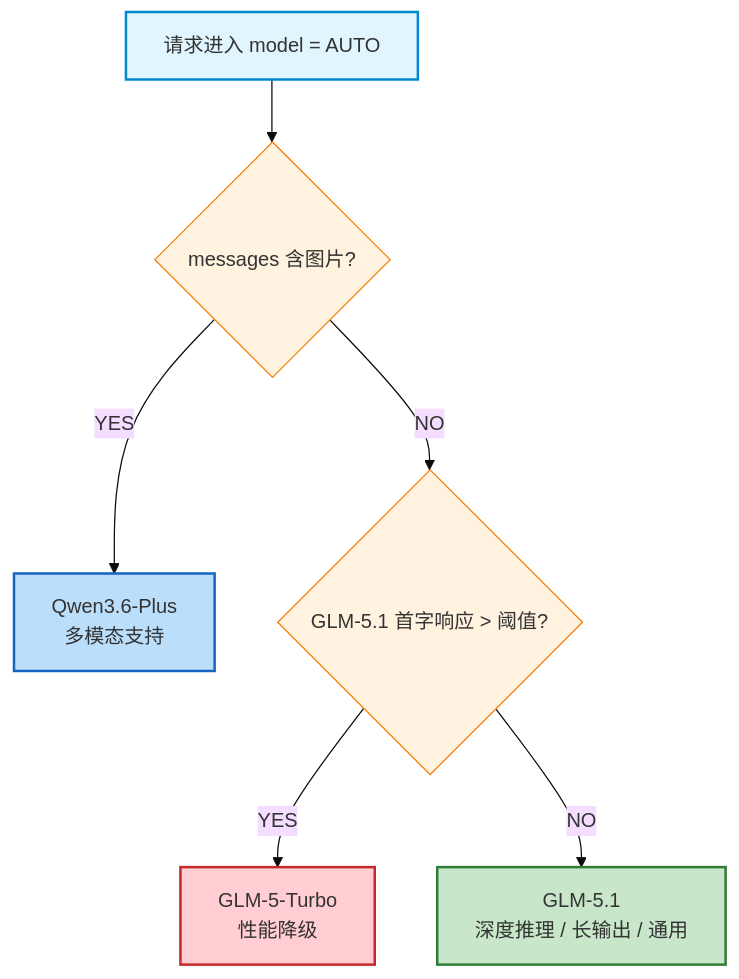
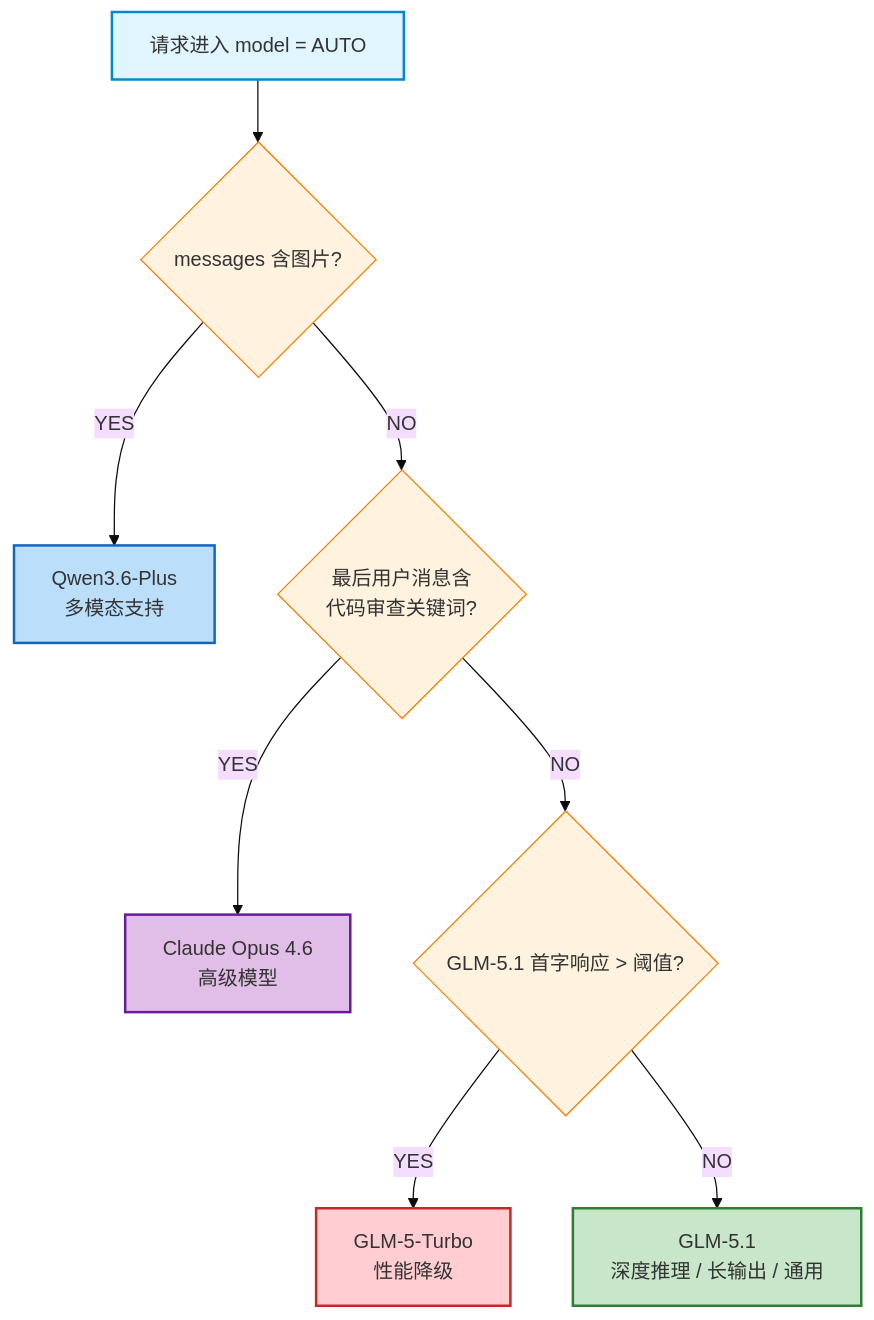
One commit to awenzoo/new-api changed the first of 2 diagrams in docs-ssc/AUTO模型智能路由设计文档.md. Above: the diagram before and after it, drawn with Mermaid (base theme). The commit also changed other lines of this file and 4 other files, not shown here.

````diff
--- a/docs-ssc/AUTO模型智能路由设计文档.md
+++ b/docs-ssc/AUTO模型智能路由设计文档.md
@@ -54,16 +58,20 @@
 ```mermaid
 flowchart TD
     A[请求进入 model = AUTO] --> B{messages 含图片?}
 
     B -- YES --> C1[Qwen3.6-Plus<br/>多模态支持]
-    B -- NO --> D{GLM-5.1 首字响应 > 阈值?}
+    B -- NO --> E{最后用户消息含<br/>代码审查关键词?}
+    E -- YES --> C4[Claude Opus 4.6<br/>高级模型]
+    E -- NO --> D{GLM-5.1 首字响应 > 阈值?}
     D -- YES --> C3[GLM-5-Turbo<br/>性能降级]
     D -- NO --> C2[GLM-5.1<br/>深度推理 / 长输出 / 通用]
 
     style A fill:#e1f5fe,stroke:#0288d1,stroke-width:2px
     style B fill:#fff3e0,stroke:#f57c00
+    style E fill:#fff3e0,stroke:#f57c00
     style D fill:#fff3e0,stroke:#f57c00
     style C1 fill:#bbdefb,stroke:#1565c0,stroke-width:2px
+    style C4 fill:#e1bee7,stroke:#6a1b9a,stroke-width:2px
     style C2 fill:#c8e6c9,stroke:#2e7d32,stroke-width:2px
     style C3 fill:#ffcdd2,stroke:#c62828,stroke-width:2px
 ```
````
